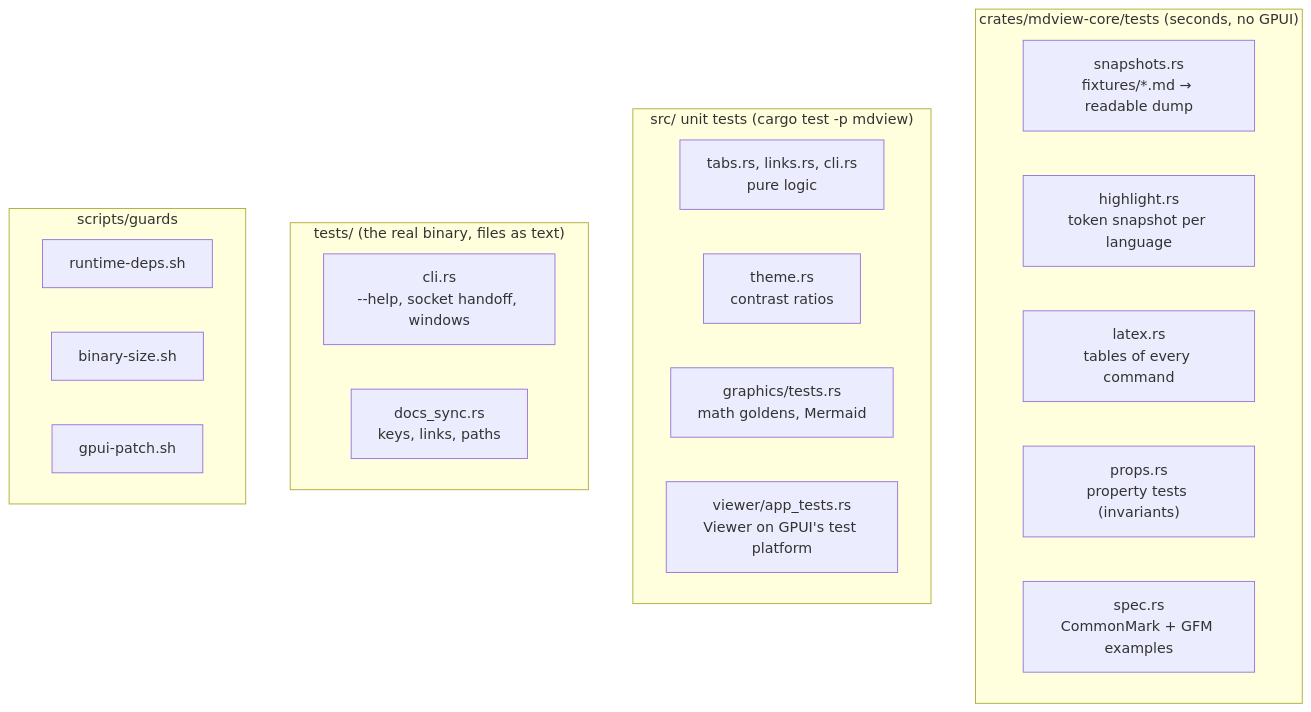
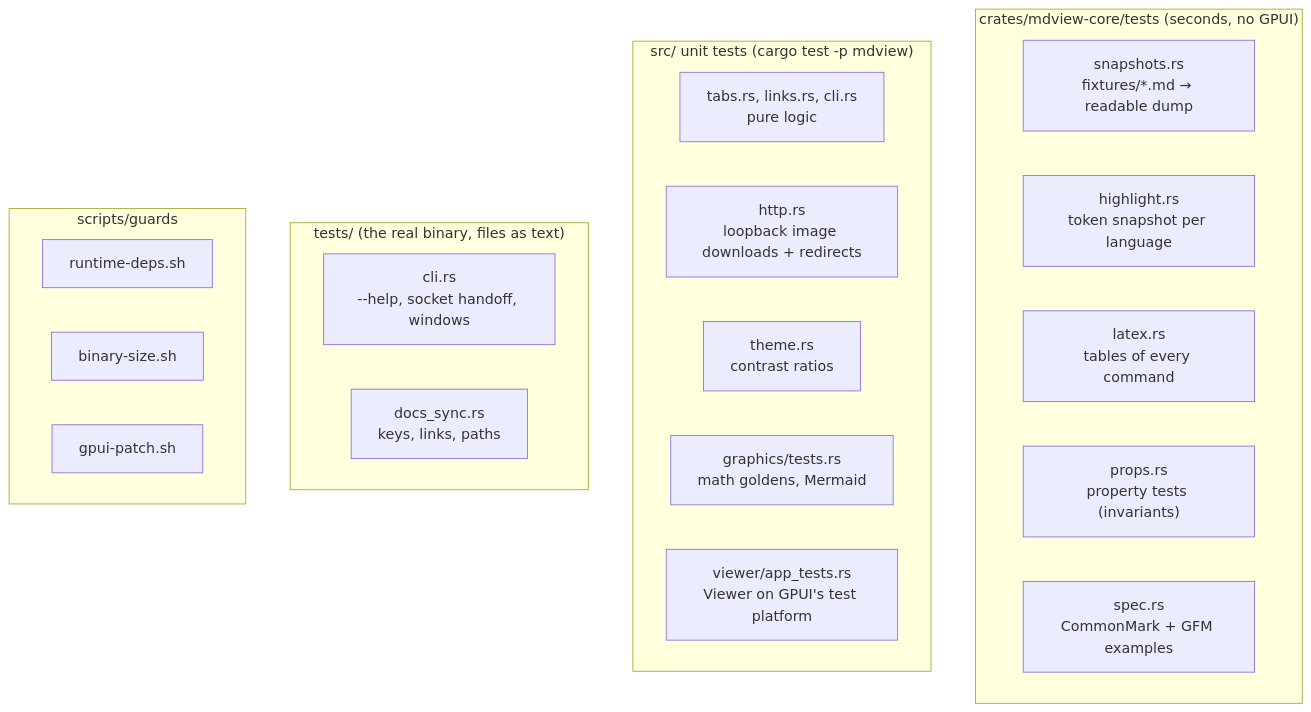
The diagram in docs/testing.md (JorgeAgar/markdown-viewer-zed), drawn with Mermaid before and after one commit. The commit also changed other lines of this file and 11 other files, not shown here.

````diff
--- a/docs/testing.md
+++ b/docs/testing.md
@@ -25,25 +25,26 @@
 ```mermaid
 flowchart TD
     subgraph core["crates/mdview-core/tests (seconds, no GPUI)"]
         snap["snapshots.rs<br/>fixtures/*.md → readable dump"]
         hl["highlight.rs<br/>token snapshot per language"]
         tex["latex.rs<br/>tables of every command"]
         props["props.rs<br/>property tests (invariants)"]
         spec["spec.rs<br/>CommonMark + GFM examples"]
     end
     subgraph app["src/ unit tests (cargo test -p mdview)"]
         pure["tabs.rs, links.rs, cli.rs<br/>pure logic"]
+        http["http.rs<br/>loopback image downloads + redirects"]
         theme["theme.rs<br/>contrast ratios"]
         gfx["graphics/tests.rs<br/>math goldens, Mermaid"]
         viewer["viewer/app_tests.rs<br/>Viewer on GPUI's test platform"]
     end
     subgraph e2e["tests/ (the real binary, files as text)"]
         cli["cli.rs<br/>--help, socket handoff, windows"]
         docs["docs_sync.rs<br/>keys, links, paths"]
     end
     subgraph guards["scripts/guards"]
         deps["runtime-deps.sh"]
         size["binary-size.sh"]
         patch["gpui-patch.sh"]
     end
 ```
````
